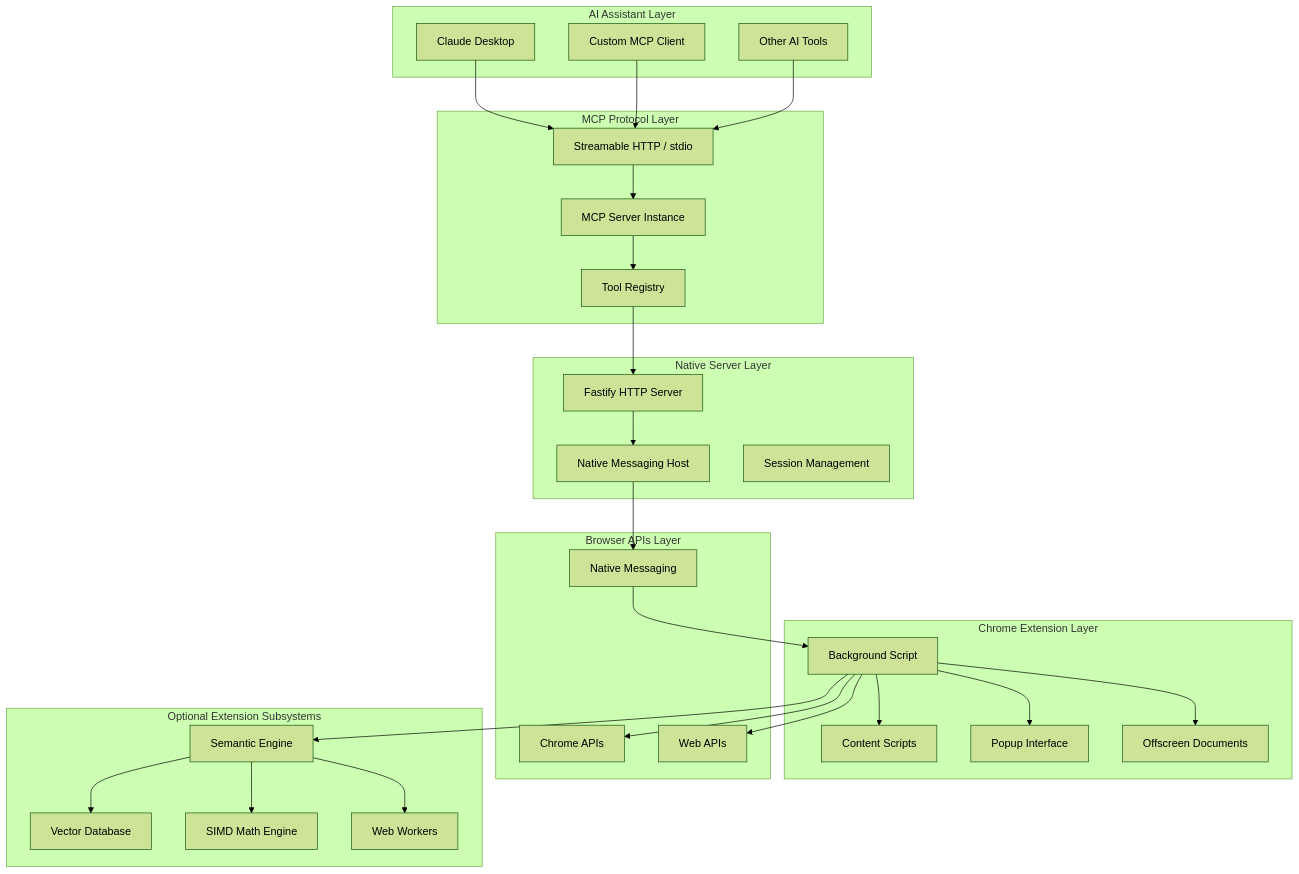
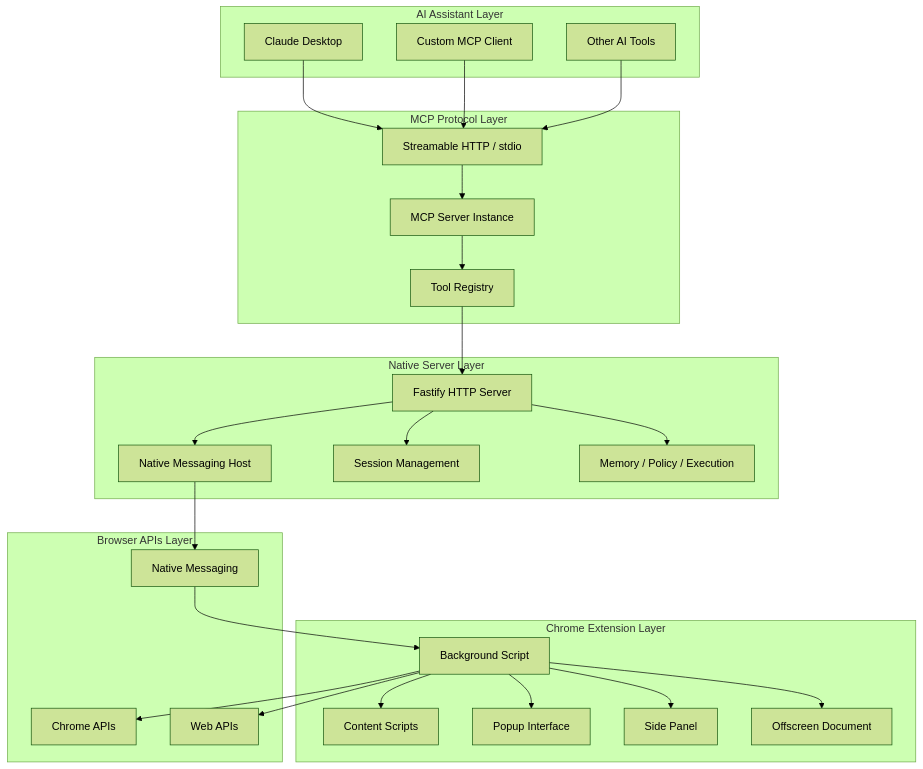
Before and after one commit to dweee/tabrix: the diagram in docs/ARCHITECTURE.md, drawn with Mermaid (forest theme). The commit also changed other lines of this file and 17 other files, not shown here.

````diff
--- a/docs/ARCHITECTURE.md
+++ b/docs/ARCHITECTURE.md
@@ -31,59 +21,53 @@
 ```mermaid
 graph TB
     subgraph "AI Assistant Layer"
         A[Claude Desktop]
         B[Custom MCP Client]
         C[Other AI Tools]
     end
 
     subgraph "MCP Protocol Layer"
         D[Streamable HTTP / stdio]
         E[MCP Server Instance]
         F[Tool Registry]
     end
 
     subgraph "Native Server Layer"
         G[Fastify HTTP Server]
         H[Native Messaging Host]
         I[Session Management]
+        J[Memory / Policy / Execution]
     end
 
     subgraph "Chrome Extension Layer"
-        J[Background Script]
-        K[Content Scripts]
-        L[Popup Interface]
-        M[Offscreen Documents]
+        K[Background Script]
+        L[Content Scripts]
+        M[Popup Interface]
+        N[Side Panel]
+        O[Offscreen Document]
     end
 
     subgraph "Browser APIs Layer"
-        N[Chrome APIs]
-        O[Web APIs]
-        P[Native Messaging]
-    end
-
-    subgraph "Optional Extension Subsystems"
-        Q[Semantic Engine]
-        R[Vector Database]
-        S[SIMD Math Engine]
-        T[Web Workers]
+        P[Chrome APIs]
+        Q[Web APIs]
+        R[Native Messaging]
     end
 
     A --> D
     B --> D
     C --> D
     D --> E
     E --> F
     F --> G
     G --> H
-    H --> P
-    P --> J
-    J --> K
-    J --> L
-    J --> M
-    J --> N
-    J --> O
-    J --> Q
-    Q --> R
-    Q --> S
-    Q --> T
+    G --> I
+    G --> J
+    H --> R
+    R --> K
+    K --> L
+    K --> M
+    K --> N
+    K --> O
+    K --> P
+    K --> Q
 ```
````
